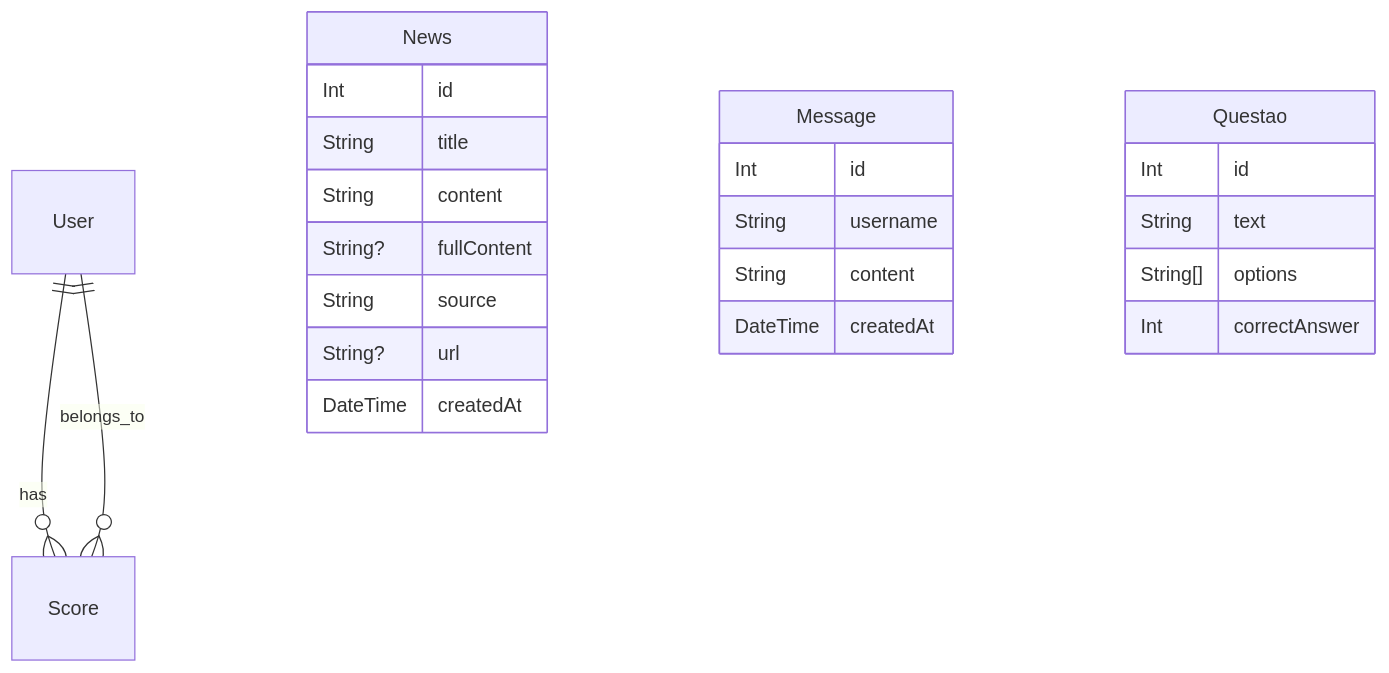
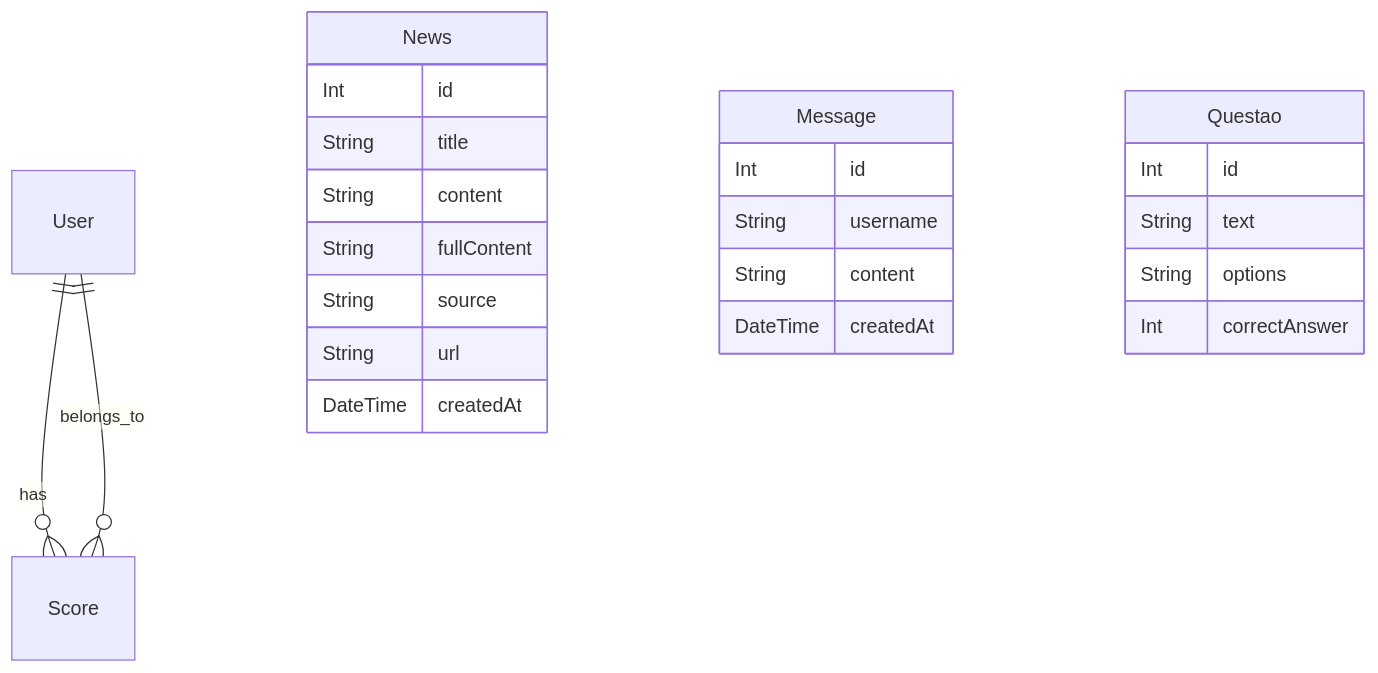
One commit to lucasvidalsilva/backend changed the diagram in README.md. Above: the diagram before and after it, drawn with Mermaid.

Commit message:
feat: mudança no readme

````diff
--- a/README.md
+++ b/README.md
@@ -100,29 +100,29 @@
 ```mermaid
 erDiagram
   User ||--o{ Score : has
   Score }o--|| User : belongs_to
 
   News {
     Int id
     String title
     String content
-    String? fullContent
+    String fullContent
     String source
-    String? url
+    String url
     DateTime createdAt
   }
 
   Message {
     Int id
     String username
     String content
     DateTime createdAt
   }
 
   Questao {
     Int id
     String text
-    String[] options
+    String options
     Int correctAnswer
   }
 ```
````
